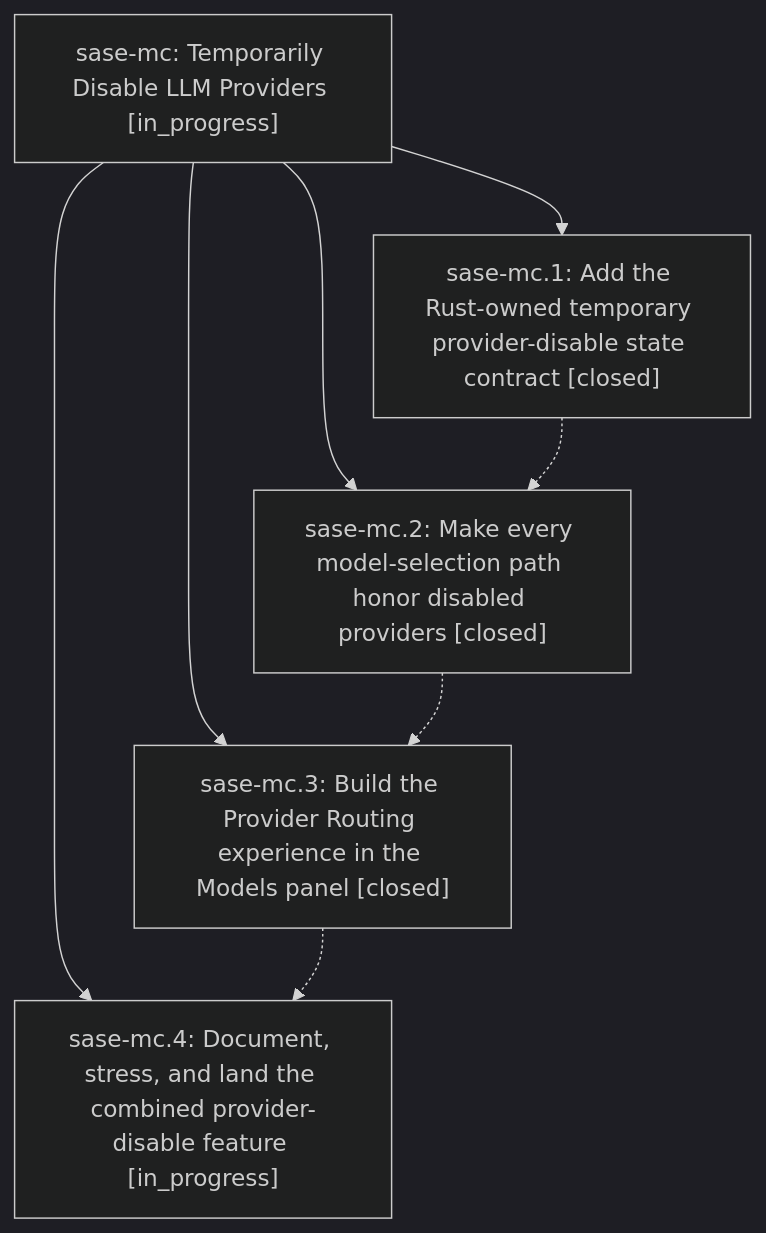
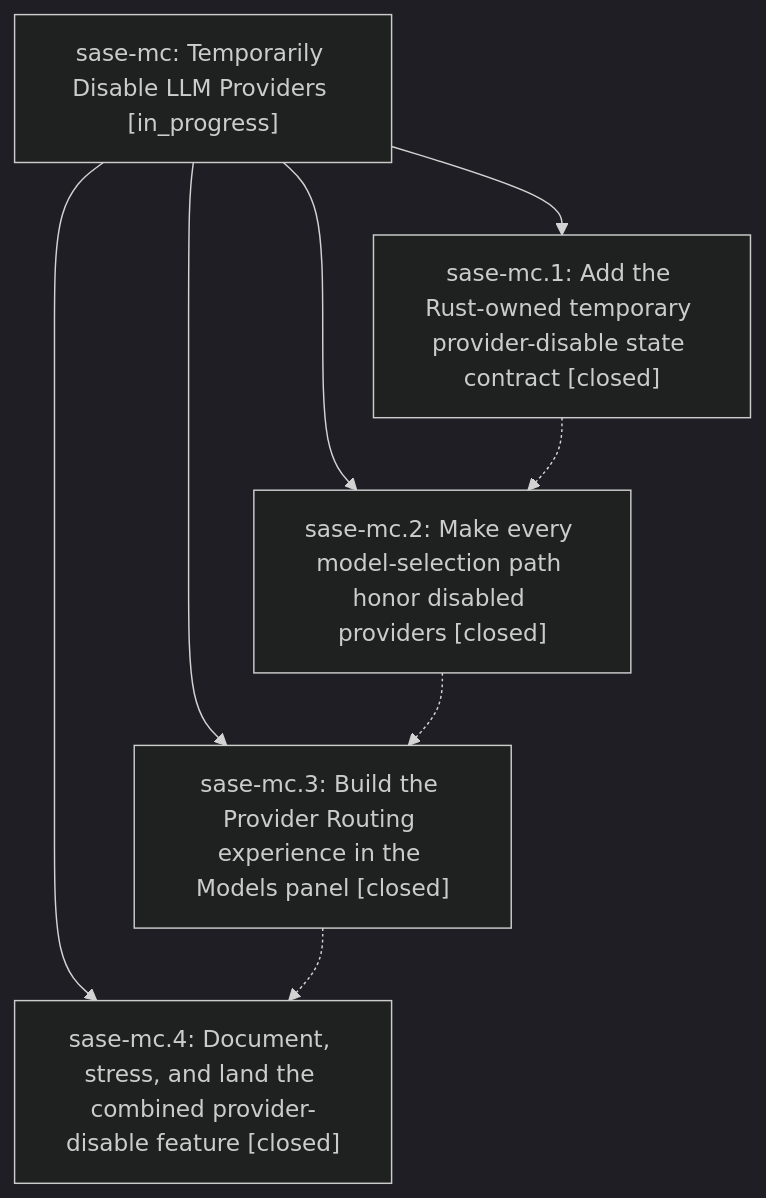
One commit to sase-org/sase--beads changed the diagram in pages/sase-mc/README.md. Above: the diagram before and after it, drawn with Mermaid (dark theme). The commit also changed other lines of this file and 2 other files, not shown here.

First line of the commit message:
chore(beads): sync bead state and pages for sase-mc

````diff
--- a/pages/sase-mc/README.md
+++ b/pages/sase-mc/README.md
@@ -25,15 +25,15 @@
 ```mermaid
 flowchart TD
     n0["sase-mc: Temporarily Disable LLM Providers [in_progress]"]
     n1["sase-mc.1: Add the Rust-owned temporary provider-disable state contract [closed]"]
     n2["sase-mc.2: Make every model-selection path honor disabled providers [closed]"]
     n3["sase-mc.3: Build the Provider Routing experience in the Models panel [closed]"]
-    n4["sase-mc.4: Document, stress, and land the combined provider-disable feature [in_progress]"]
+    n4["sase-mc.4: Document, stress, and land the combined provider-disable feature [closed]"]
     n0 --> n1
     n0 --> n2
     n0 --> n3
     n0 --> n4
     n1 -.-> n2
     n2 -.-> n3
     n3 -.-> n4
 ```
````
